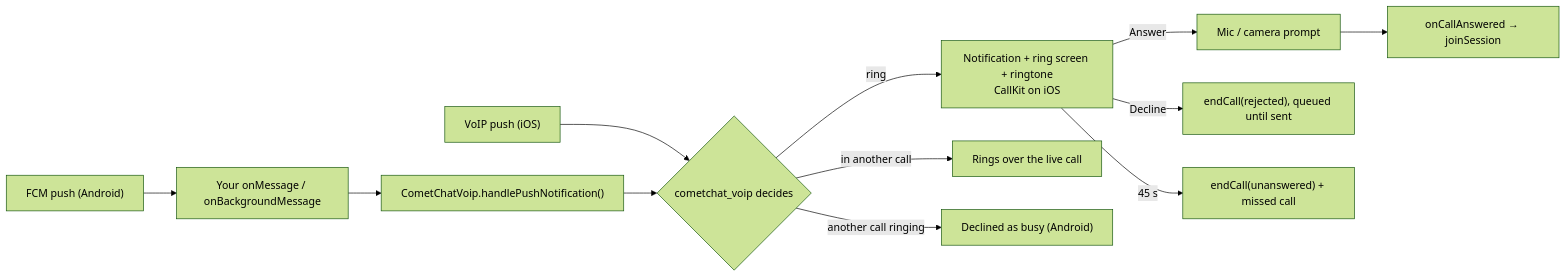
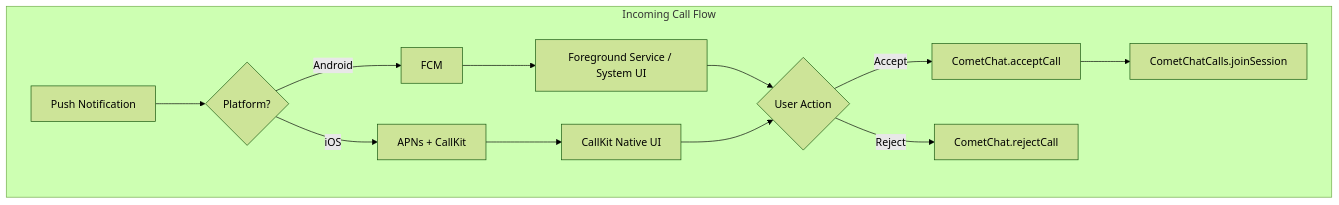
Before and after one commit to cometchat/docs: the first of 3 diagrams in calls/flutter/voip-calling.mdx, drawn with Mermaid (forest theme). The commit also changed other lines of this file and 21 other files, not shown here.

First line of the commit message:
docs(flutter): hold the cometchat_voip, push and UI Kit ringing pages for their release

````diff
--- a/calls/flutter/voip-calling.mdx
+++ b/calls/flutter/voip-calling.mdx
@@ -12,14 +18,15 @@
 ```mermaid
-flowchart LR
-    FCM["FCM push (Android)"] --> S["Your onMessage / onBackgroundMessage"]
-    S --> H["CometChatVoip.handlePushNotification()"]
-    VOIP["VoIP push (iOS)"] --> D
-    H --> D{cometchat_voip decides}
-    D -->|ring| R["Notification + ring screen + ringtone<br/>CallKit on iOS"]
-    D -->|in another call| W[Rings over the live call]
-    D -->|another call ringing| B["Declined as busy (Android)"]
-    R -->|Answer| P[Mic / camera prompt]
-    P --> A["onCallAnswered → joinSession"]
-    R -->|Decline| Q["endCall(rejected), queued until sent"]
-    R -->|45 s| T["endCall(unanswered) + missed call"]
+flowchart TB
+    subgraph "Incoming Call Flow"
+        A[Push Notification] --> B{Platform?}
+        B -->|Android| C[FCM]
+        B -->|iOS| D[APNs + CallKit]
+        C --> E[Foreground Service / System UI]
+        D --> F[CallKit Native UI]
+        E --> G{User Action}
+        F --> G
+        G -->|Accept| H[CometChat.acceptCall]
+        G -->|Reject| I[CometChat.rejectCall]
+        H --> J[CometChatCalls.joinSession]
+    end
 ```
````
